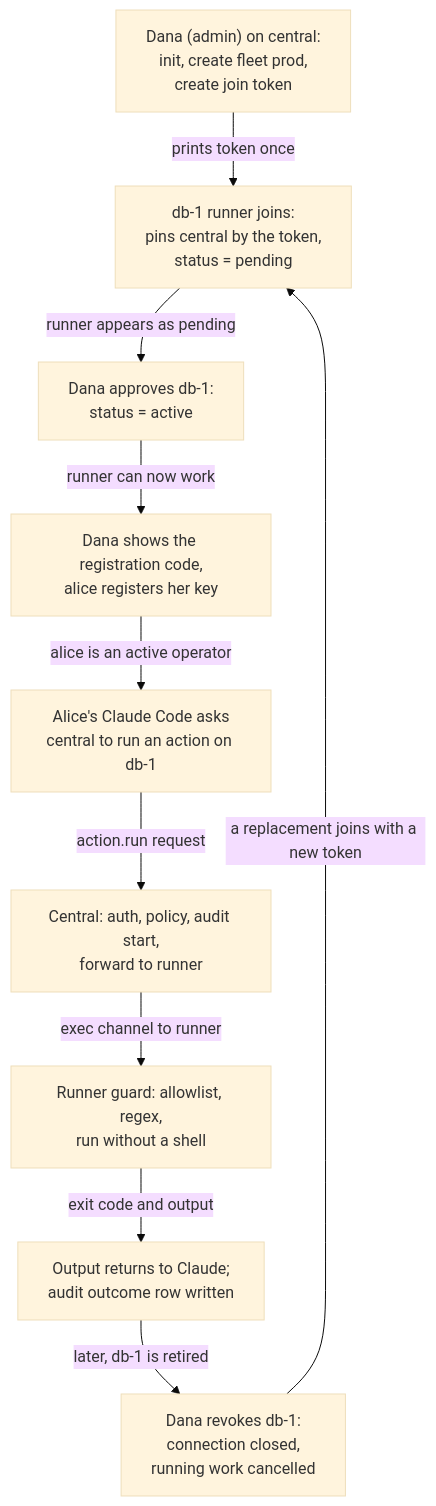
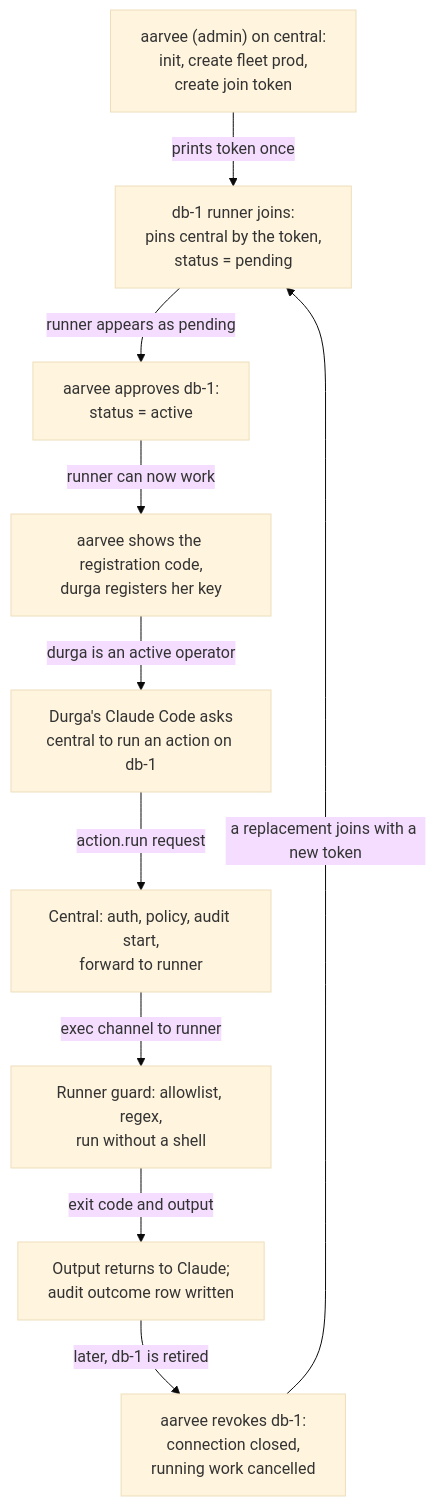
Before and after one commit to mirastacklabs-ai/mirafleet: the diagram in docs/guide/01-what-is-mirafleet.md, drawn with Mermaid (base theme). The commit also changed other lines of this file and 7 other files, not shown here.

````diff
--- a/docs/guide/01-what-is-mirafleet.md
+++ b/docs/guide/01-what-is-mirafleet.md
@@ -276,22 +278,22 @@
 ```mermaid
 flowchart TD
-    A["Dana (admin) on central:<br/>init, create fleet prod,<br/>create join token"]
+    A["aarvee (admin) on central:<br/>init, create fleet prod,<br/>create join token"]
     B["db-1 runner joins:<br/>pins central by the token,<br/>status = pending"]
-    C["Dana approves db-1:<br/>status = active"]
-    D["Dana shows the registration code,<br/>alice registers her key"]
-    E["Alice's Claude Code asks<br/>central to run an action on db-1"]
+    C["aarvee approves db-1:<br/>status = active"]
+    D["aarvee shows the registration code,<br/>durga registers her key"]
+    E["Durga's Claude Code asks<br/>central to run an action on db-1"]
     F["Central: auth, policy, audit start,<br/>forward to runner"]
     G["Runner guard: allowlist, regex,<br/>run without a shell"]
     H["Output returns to Claude;<br/>audit outcome row written"]
-    I["Dana revokes db-1:<br/>connection closed,<br/>running work cancelled"]
+    I["aarvee revokes db-1:<br/>connection closed,<br/>running work cancelled"]
 
     A -->|"prints token once"| B
     B -->|"runner appears as pending"| C
     C -->|"runner can now work"| D
-    D -->|"alice is an active operator"| E
+    D -->|"durga is an active operator"| E
     E -->|"action.run request"| F
     F -->|"exec channel to runner"| G
     G -->|"exit code and output"| H
     H -->|"later, db-1 is retired"| I
     I -->|"a replacement joins with a new token"| B
 ```
````
